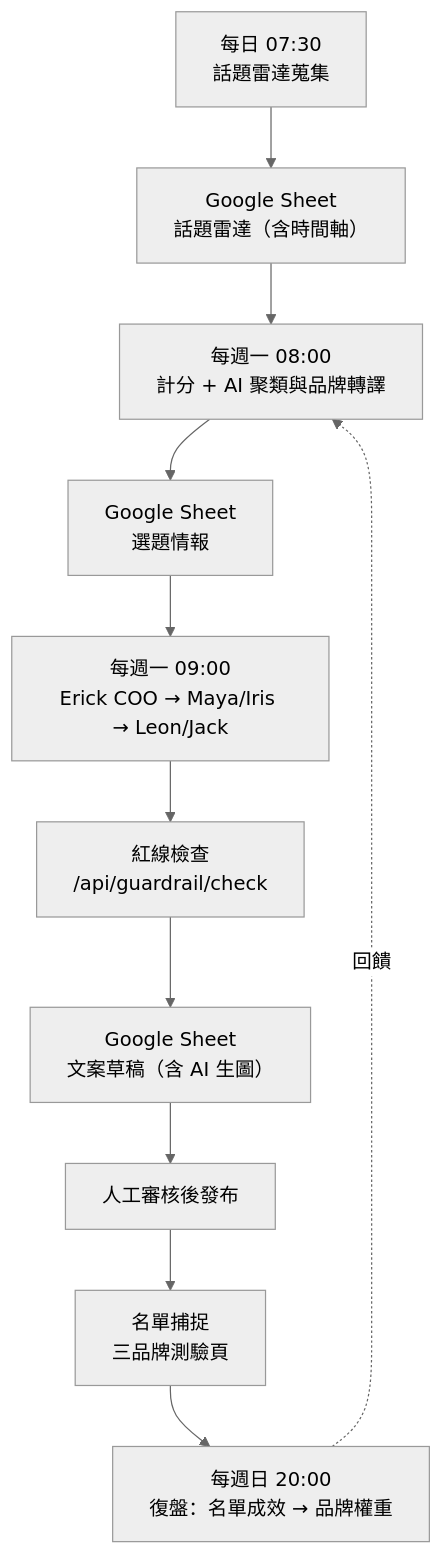
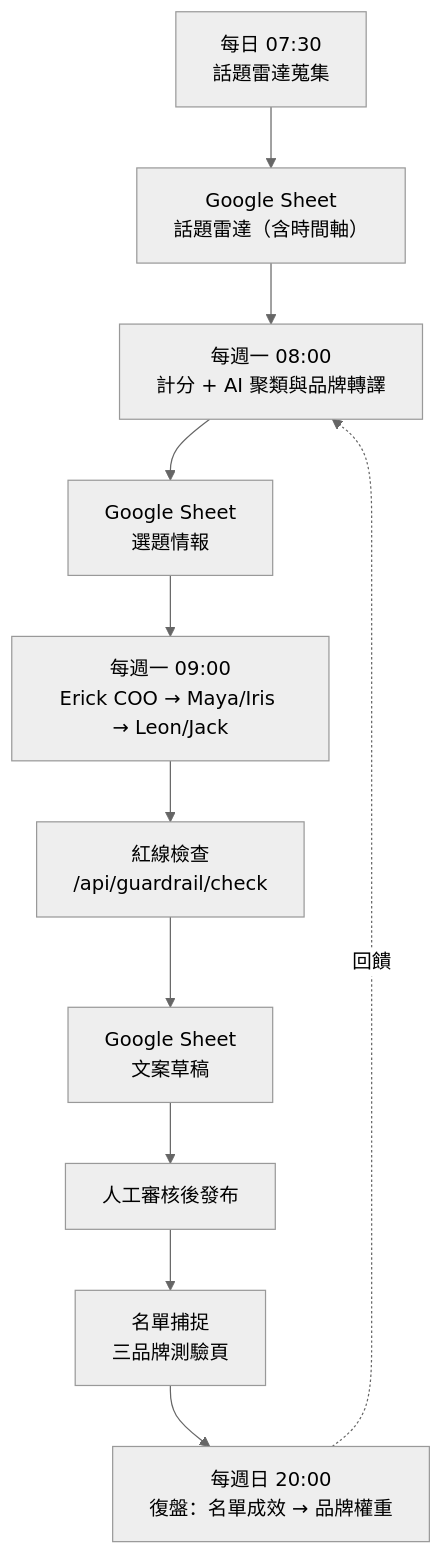
Before and after one commit to kern0907-303/EK-article-dashboard: the diagram in README.md, drawn with Mermaid (neutral theme). The commit also changed other lines of this file and 4 other files, not shown here.

````diff
--- a/README.md
+++ b/README.md
@@ -11,13 +13,13 @@
 ```mermaid
 flowchart TD
     A["每日 07:30<br/>話題雷達蒐集"] --> B["Google Sheet<br/>話題雷達（含時間軸）"]
     B --> C["每週一 08:00<br/>計分 + AI 聚類與品牌轉譯"]
     C --> D["Google Sheet<br/>選題情報"]
     D --> E["每週一 09:00<br/>Erick COO → Maya/Iris → Leon/Jack"]
     E --> F["紅線檢查<br/>/api/guardrail/check"]
-    F --> G["Google Sheet<br/>文案草稿（含 AI 生圖）"]
+    F --> G["Google Sheet<br/>文案草稿"]
     G --> H["人工審核後發布"]
     H --> I["名單捕捉<br/>三品牌測驗頁"]
     I --> J["每週日 20:00<br/>復盤：名單成效 → 品牌權重"]
     J -.回饋.-> C
 ```
````
